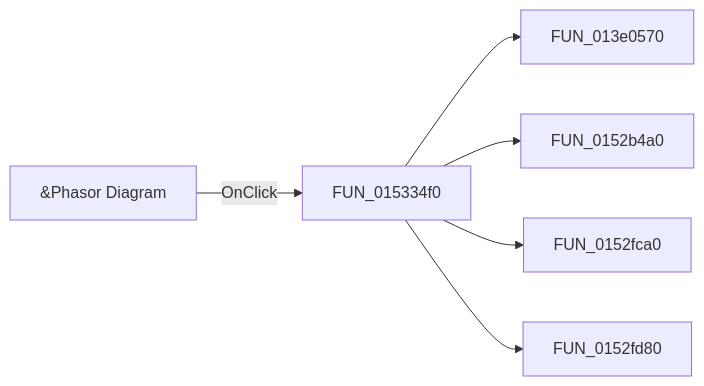
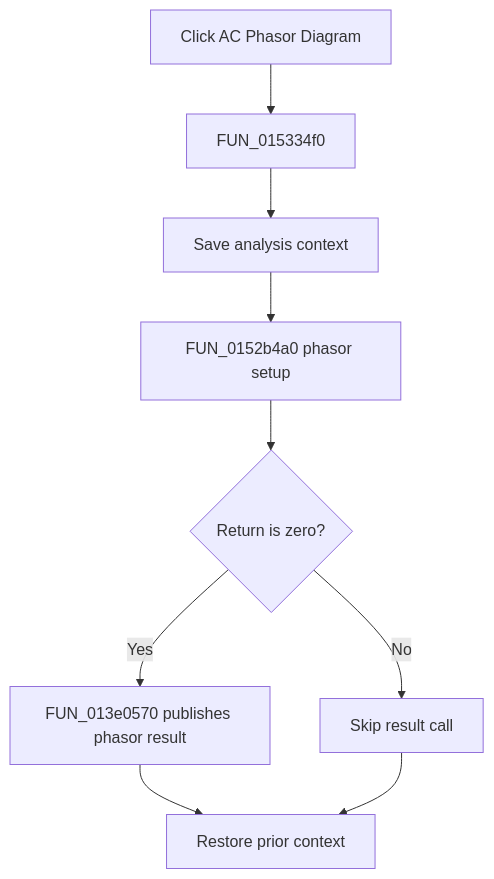
The diagram in docs/ui-controls/netlisteditor/miacvectordiagram-98f4bee178.md (MovGP0/TIARA), drawn with Mermaid before and after one commit. The commit also changed other lines of this file and 1062 other files, not shown here.

````diff
--- a/docs/ui-controls/netlisteditor/miacvectordiagram-98f4bee178.md
+++ b/docs/ui-controls/netlisteditor/miacvectordiagram-98f4bee178.md
@@ -27,8 +29,11 @@
 ```mermaid
-flowchart LR
-    control["&Phasor Diagram"] -->|OnClick| handler["FUN_015334f0"]
-    handler --> call1["FUN_013e0570"]
-    handler --> call2["FUN_0152b4a0"]
-    handler --> call3["FUN_0152fca0"]
-    handler --> call4["FUN_0152fd80"]
+flowchart TD
+    control["Click AC Phasor Diagram"] --> handler["FUN_015334f0"]
+    handler --> prepare["Save analysis context"]
+    prepare --> setup["FUN_0152b4a0 phasor setup"]
+    setup --> zero{"Return is zero?"}
+    zero -->|Yes| publish["FUN_013e0570 publishes phasor result"]
+    zero -->|No| skip["Skip result call"]
+    publish --> restore["Restore prior context"]
+    skip --> restore
 ```
````
